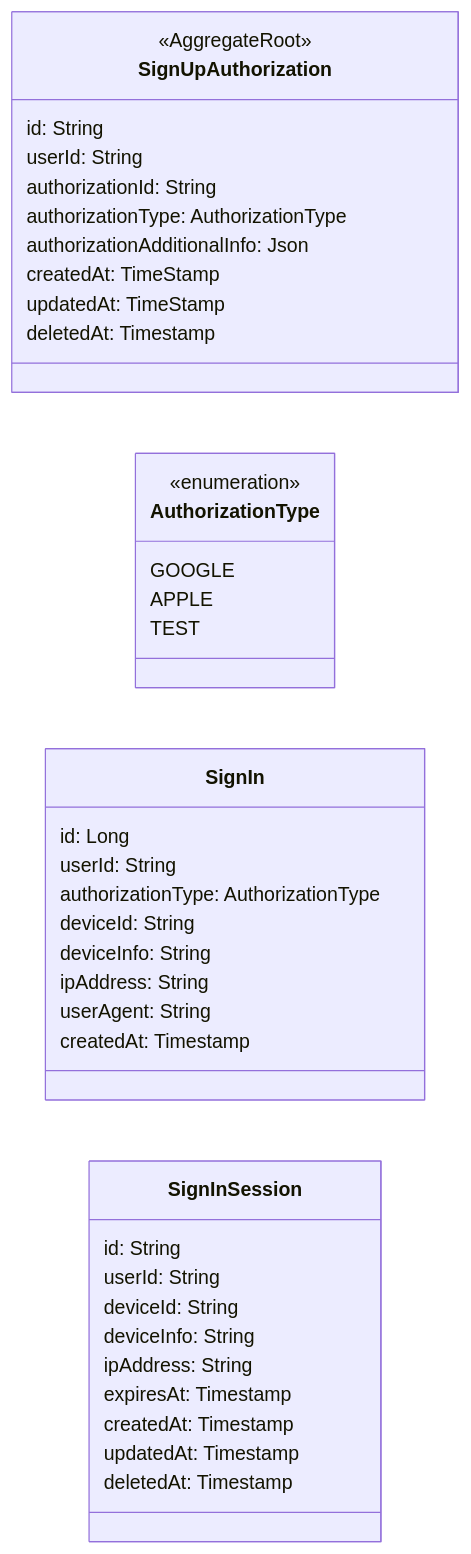
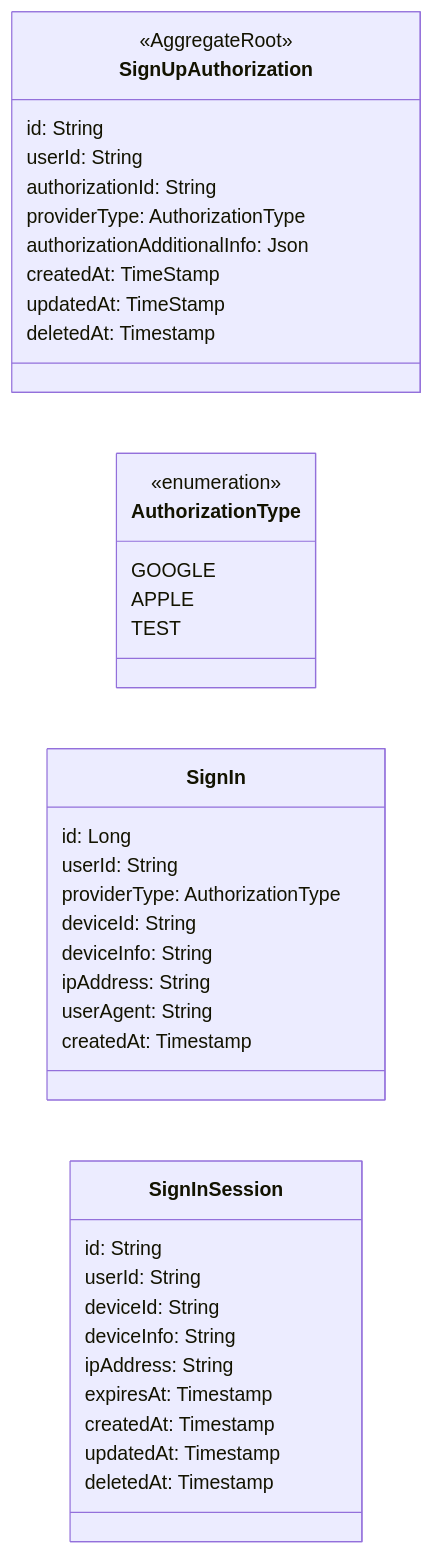
Before and after one commit to kwj1270/lockr: the diagram in docs/models/users/authorization.md, drawn with Mermaid. The commit also changed 40 other files, not shown here.

````diff
--- a/docs/models/users/authorization.md
+++ b/docs/models/users/authorization.md
@@ -4,46 +4,46 @@
 ```mermaid
 classDiagram
     direction LR
 
     class SignUpAuthorization {
         <<AggregateRoot>>
         id: String
         userId: String
         authorizationId: String
-        authorizationType: AuthorizationType
+        providerType: AuthorizationType
         authorizationAdditionalInfo: Json
         createdAt: TimeStamp
         updatedAt: TimeStamp
         deletedAt: Timestamp
     }
 
     class AuthorizationType {
         <<enumeration>>
         GOOGLE
         APPLE
         TEST
     }
 
     class SignIn {
         id: Long
         userId: String
-        authorizationType: AuthorizationType
+        providerType: AuthorizationType
         deviceId: String
         deviceInfo: String
         ipAddress: String
         userAgent: String
         createdAt: Timestamp
     }
 
     class SignInSession {
         id: String
         userId: String
         deviceId: String 
         deviceInfo: String 
         ipAddress: String 
         expiresAt: Timestamp
         createdAt: Timestamp
         updatedAt: Timestamp
         deletedAt: Timestamp
     }
 ```
````
